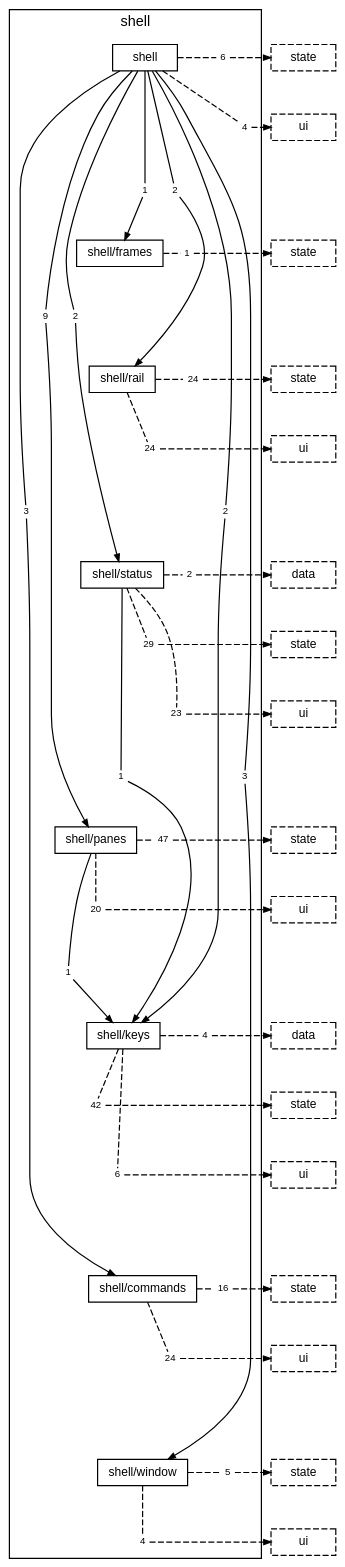
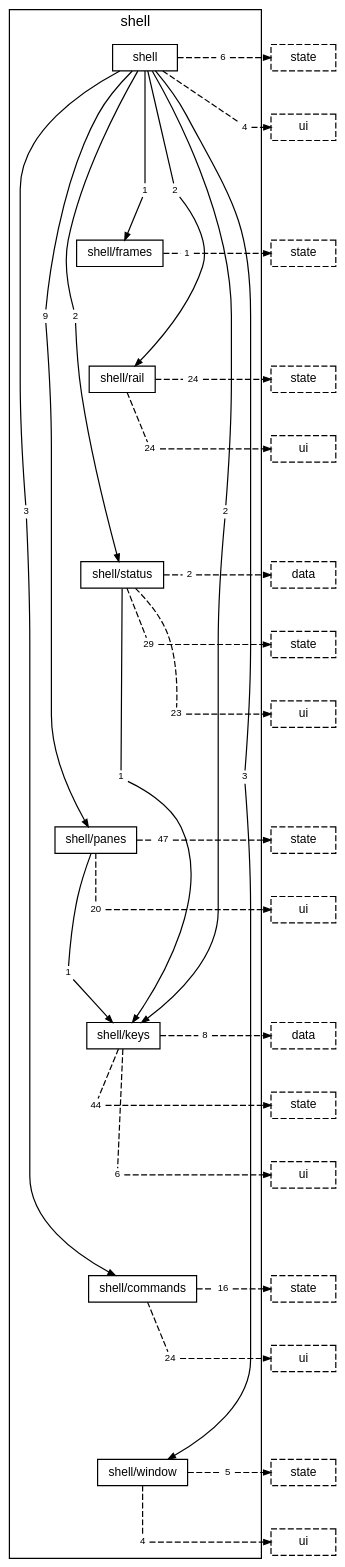
The diagram in docs/diagrams/layer-shell.dot (TheAxeC/oculus), drawn with Graphviz before and after one commit. The commit also changed 166 other files, not shown here.

```diff
--- a/docs/diagrams/layer-shell.dot
+++ b/docs/diagrams/layer-shell.dot
@@ -1,135 +1,135 @@
 digraph layer_shell {
     graph [bgcolor="transparent", rankdir=TB, newrank=true, mclimit=4, fontname="Helvetica,Arial,sans-serif", fontsize=12, nodesep=0.2, ranksep=0.5];
     node [shape=box, color="black", fontcolor="black", fontname="Helvetica,Arial,sans-serif", fontsize=10, height=0.3, margin="0.12,0.04"];
     edge [color="black", fontcolor="black", fontname="Helvetica,Arial,sans-serif", fontsize=8, arrowsize=0.6];
     subgraph "cluster_shell" {
         label="shell"; style=solid;
         "folder shell" [label="shell"];
         "folder shell/frames" [label="shell/frames"];
         "folder shell/rail" [label="shell/rail"];
         "folder shell/status" [label="shell/status"];
         "folder shell/panes" [label="shell/panes"];
         "folder shell/keys" [label="shell/keys"];
         "folder shell/commands" [label="shell/commands"];
         "folder shell/window" [label="shell/window"];
         "folder shell to folder shell/commands" [label="3", shape=box, color="transparent", fontsize=8, width=0, height=0, margin="0.04,0.02"];
         "folder shell to folder shell/frames" [label="1", shape=box, color="transparent", fontsize=8, width=0, height=0, margin="0.04,0.02"];
         "folder shell to folder shell/keys" [label="2", shape=box, color="transparent", fontsize=8, width=0, height=0, margin="0.04,0.02"];
         "folder shell to folder shell/panes" [label="9", shape=box, color="transparent", fontsize=8, width=0, height=0, margin="0.04,0.02"];
         "folder shell to folder shell/rail" [label="2", shape=box, color="transparent", fontsize=8, width=0, height=0, margin="0.04,0.02"];
         "folder shell to folder shell/status" [label="2", shape=box, color="transparent", fontsize=8, width=0, height=0, margin="0.04,0.02"];
         "folder shell to folder shell/window" [label="3", shape=box, color="transparent", fontsize=8, width=0, height=0, margin="0.04,0.02"];
         "folder shell to layer state" [label="6", shape=box, color="transparent", fontsize=8, width=0, height=0, margin="0.04,0.02"];
         "folder shell to layer ui" [label="4", shape=box, color="transparent", fontsize=8, width=0, height=0, margin="0.04,0.02"];
         "folder shell/frames to layer state" [label="1", shape=box, color="transparent", fontsize=8, width=0, height=0, margin="0.04,0.02"];
         "folder shell/rail to layer state" [label="24", shape=box, color="transparent", fontsize=8, width=0, height=0, margin="0.04,0.02"];
         "folder shell/rail to layer ui" [label="24", shape=box, color="transparent", fontsize=8, width=0, height=0, margin="0.04,0.02"];
         "folder shell/status to folder shell/keys" [label="1", shape=box, color="transparent", fontsize=8, width=0, height=0, margin="0.04,0.02"];
         "folder shell/status to layer data" [label="2", shape=box, color="transparent", fontsize=8, width=0, height=0, margin="0.04,0.02"];
         "folder shell/status to layer state" [label="29", shape=box, color="transparent", fontsize=8, width=0, height=0, margin="0.04,0.02"];
         "folder shell/status to layer ui" [label="23", shape=box, color="transparent", fontsize=8, width=0, height=0, margin="0.04,0.02"];
         "folder shell/panes to folder shell/keys" [label="1", shape=box, color="transparent", fontsize=8, width=0, height=0, margin="0.04,0.02"];
         "folder shell/panes to layer state" [label="47", shape=box, color="transparent", fontsize=8, width=0, height=0, margin="0.04,0.02"];
         "folder shell/panes to layer ui" [label="20", shape=box, color="transparent", fontsize=8, width=0, height=0, margin="0.04,0.02"];
-        "folder shell/keys to layer data" [label="4", shape=box, color="transparent", fontsize=8, width=0, height=0, margin="0.04,0.02"];
-        "folder shell/keys to layer state" [label="42", shape=box, color="transparent", fontsize=8, width=0, height=0, margin="0.04,0.02"];
+        "folder shell/keys to layer data" [label="8", shape=box, color="transparent", fontsize=8, width=0, height=0, margin="0.04,0.02"];
+        "folder shell/keys to layer state" [label="44", shape=box, color="transparent", fontsize=8, width=0, height=0, margin="0.04,0.02"];
         "folder shell/keys to layer ui" [label="6", shape=box, color="transparent", fontsize=8, width=0, height=0, margin="0.04,0.02"];
         "folder shell/commands to layer state" [label="16", shape=box, color="transparent", fontsize=8, width=0, height=0, margin="0.04,0.02"];
         "folder shell/commands to layer ui" [label="24", shape=box, color="transparent", fontsize=8, width=0, height=0, margin="0.04,0.02"];
         "folder shell/window to layer state" [label="5", shape=box, color="transparent", fontsize=8, width=0, height=0, margin="0.04,0.02"];
         "folder shell/window to layer ui" [label="4", shape=box, color="transparent", fontsize=8, width=0, height=0, margin="0.04,0.02"];
     }
     "layer state from folder shell" [label="state", style=dashed];
     "layer ui from folder shell" [label="ui", style=dashed];
     "layer state from folder shell/frames" [label="state", style=dashed];
     "layer state from folder shell/rail" [label="state", style=dashed];
     "layer ui from folder shell/rail" [label="ui", style=dashed];
     "layer data from folder shell/status" [label="data", style=dashed];
     "layer state from folder shell/status" [label="state", style=dashed];
     "layer ui from folder shell/status" [label="ui", style=dashed];
     "layer state from folder shell/panes" [label="state", style=dashed];
     "layer ui from folder shell/panes" [label="ui", style=dashed];
     "layer data from folder shell/keys" [label="data", style=dashed];
     "layer state from folder shell/keys" [label="state", style=dashed];
     "layer ui from folder shell/keys" [label="ui", style=dashed];
     "layer state from folder shell/commands" [label="state", style=dashed];
     "layer ui from folder shell/commands" [label="ui", style=dashed];
     "layer state from folder shell/window" [label="state", style=dashed];
     "layer ui from folder shell/window" [label="ui", style=dashed];
     "folder shell" -> "folder shell/frames" [style=invis, weight=10, minlen=3];
     "folder shell/frames" -> "folder shell/rail" [style=invis, weight=10, minlen=2];
     "folder shell/rail" -> "folder shell/status" [style=invis, weight=10, minlen=3];
     "folder shell/status" -> "folder shell/panes" [style=invis, weight=10, minlen=4];
     "folder shell/panes" -> "folder shell/keys" [style=invis, weight=10, minlen=3];
     "folder shell/keys" -> "folder shell/commands" [style=invis, weight=10, minlen=4];
     "folder shell/commands" -> "folder shell/window" [style=invis, weight=10, minlen=3];
     "folder shell" -> "folder shell to folder shell/commands" [arrowhead=none, minlen=7, weight=10];
     "folder shell to folder shell/commands" -> "folder shell/commands" [];
     "folder shell" -> "folder shell to folder shell/frames" [arrowhead=none, minlen=2, weight=10];
     "folder shell to folder shell/frames" -> "folder shell/frames" [];
     "folder shell" -> "folder shell to folder shell/keys" [arrowhead=none, minlen=7, weight=10];
     "folder shell to folder shell/keys" -> "folder shell/keys" [];
     "folder shell" -> "folder shell to folder shell/panes" [arrowhead=none, minlen=4, weight=10];
     "folder shell to folder shell/panes" -> "folder shell/panes" [];
     "folder shell" -> "folder shell to folder shell/rail" [arrowhead=none, minlen=2, weight=10];
     "folder shell to folder shell/rail" -> "folder shell/rail" [];
     "folder shell" -> "folder shell to folder shell/status" [arrowhead=none, minlen=4, weight=10];
     "folder shell to folder shell/status" -> "folder shell/status" [];
     "folder shell" -> "folder shell to folder shell/window" [arrowhead=none, minlen=11, weight=10];
     "folder shell to folder shell/window" -> "folder shell/window" [];
     "folder shell" -> "folder shell to layer state" [arrowhead=none, style=dashed];
     "folder shell to layer state" -> "layer state from folder shell" [style=dashed];
     { rank=same; "folder shell"; "folder shell to layer state"; "layer state from folder shell"; }
     "folder shell" -> "folder shell to layer ui" [arrowhead=none, style=dashed, minlen=1, weight=10];
     "folder shell to layer ui" -> "layer ui from folder shell" [style=dashed];
     { rank=same; "folder shell to layer ui"; "layer ui from folder shell"; }
     "folder shell/frames" -> "folder shell/frames to layer state" [arrowhead=none, style=dashed];
     "folder shell/frames to layer state" -> "layer state from folder shell/frames" [style=dashed];
     { rank=same; "folder shell/frames"; "folder shell/frames to layer state"; "layer state from folder shell/frames"; }
     "folder shell/rail" -> "folder shell/rail to layer state" [arrowhead=none, style=dashed];
     "folder shell/rail to layer state" -> "layer state from folder shell/rail" [style=dashed];
     { rank=same; "folder shell/rail"; "folder shell/rail to layer state"; "layer state from folder shell/rail"; }
     "folder shell/rail" -> "folder shell/rail to layer ui" [arrowhead=none, style=dashed, minlen=1, weight=10];
     "folder shell/rail to layer ui" -> "layer ui from folder shell/rail" [style=dashed];
     { rank=same; "folder shell/rail to layer ui"; "layer ui from folder shell/rail"; }
     "folder shell/status" -> "folder shell/status to folder shell/keys" [arrowhead=none, minlen=3, weight=10];
     "folder shell/status to folder shell/keys" -> "folder shell/keys" [];
     "folder shell/status" -> "folder shell/status to layer data" [arrowhead=none, style=dashed];
     "folder shell/status to layer data" -> "layer data from folder shell/status" [style=dashed];
     { rank=same; "folder shell/status"; "folder shell/status to layer data"; "layer data from folder shell/status"; }
     "folder shell/status" -> "folder shell/status to layer state" [arrowhead=none, style=dashed, minlen=1, weight=10];
     "folder shell/status to layer state" -> "layer state from folder shell/status" [style=dashed];
     { rank=same; "folder shell/status to layer state"; "layer state from folder shell/status"; }
     "folder shell/status" -> "folder shell/status to layer ui" [arrowhead=none, style=dashed, minlen=2, weight=10];
     "folder shell/status to layer ui" -> "layer ui from folder shell/status" [style=dashed];
     { rank=same; "folder shell/status to layer ui"; "layer ui from folder shell/status"; }
     "folder shell/panes" -> "folder shell/panes to folder shell/keys" [arrowhead=none, minlen=2, weight=10];
     "folder shell/panes to folder shell/keys" -> "folder shell/keys" [];
     "folder shell/panes" -> "folder shell/panes to layer state" [arrowhead=none, style=dashed];
     "folder shell/panes to layer state" -> "layer state from folder shell/panes" [style=dashed];
     { rank=same; "folder shell/panes"; "folder shell/panes to layer state"; "layer state from folder shell/panes"; }
     "folder shell/panes" -> "folder shell/panes to layer ui" [arrowhead=none, style=dashed, minlen=1, weight=10];
     "folder shell/panes to layer ui" -> "layer ui from folder shell/panes" [style=dashed];
     { rank=same; "folder shell/panes to layer ui"; "layer ui from folder shell/panes"; }
     "folder shell/keys" -> "folder shell/keys to layer data" [arrowhead=none, style=dashed];
     "folder shell/keys to layer data" -> "layer data from folder shell/keys" [style=dashed];
     { rank=same; "folder shell/keys"; "folder shell/keys to layer data"; "layer data from folder shell/keys"; }
     "folder shell/keys" -> "folder shell/keys to layer state" [arrowhead=none, style=dashed, minlen=1, weight=10];
     "folder shell/keys to layer state" -> "layer state from folder shell/keys" [style=dashed];
     { rank=same; "folder shell/keys to layer state"; "layer state from folder shell/keys"; }
     "folder shell/keys" -> "folder shell/keys to layer ui" [arrowhead=none, style=dashed, minlen=2, weight=10];
     "folder shell/keys to layer ui" -> "layer ui from folder shell/keys" [style=dashed];
     { rank=same; "folder shell/keys to layer ui"; "layer ui from folder shell/keys"; }
     "folder shell/commands" -> "folder shell/commands to layer state" [arrowhead=none, style=dashed];
     "folder shell/commands to layer state" -> "layer state from folder shell/commands" [style=dashed];
     { rank=same; "folder shell/commands"; "folder shell/commands to layer state"; "layer state from folder shell/commands"; }
     "folder shell/commands" -> "folder shell/commands to layer ui" [arrowhead=none, style=dashed, minlen=1, weight=10];
     "folder shell/commands to layer ui" -> "layer ui from folder shell/commands" [style=dashed];
     { rank=same; "folder shell/commands to layer ui"; "layer ui from folder shell/commands"; }
     "folder shell/window" -> "folder shell/window to layer state" [arrowhead=none, style=dashed];
     "folder shell/window to layer state" -> "layer state from folder shell/window" [style=dashed];
     { rank=same; "folder shell/window"; "folder shell/window to layer state"; "layer state from folder shell/window"; }
     "folder shell/window" -> "folder shell/window to layer ui" [arrowhead=none, style=dashed, minlen=1, weight=10];
     "folder shell/window to layer ui" -> "layer ui from folder shell/window" [style=dashed];
     { rank=same; "folder shell/window to layer ui"; "layer ui from folder shell/window"; }
 }
```
